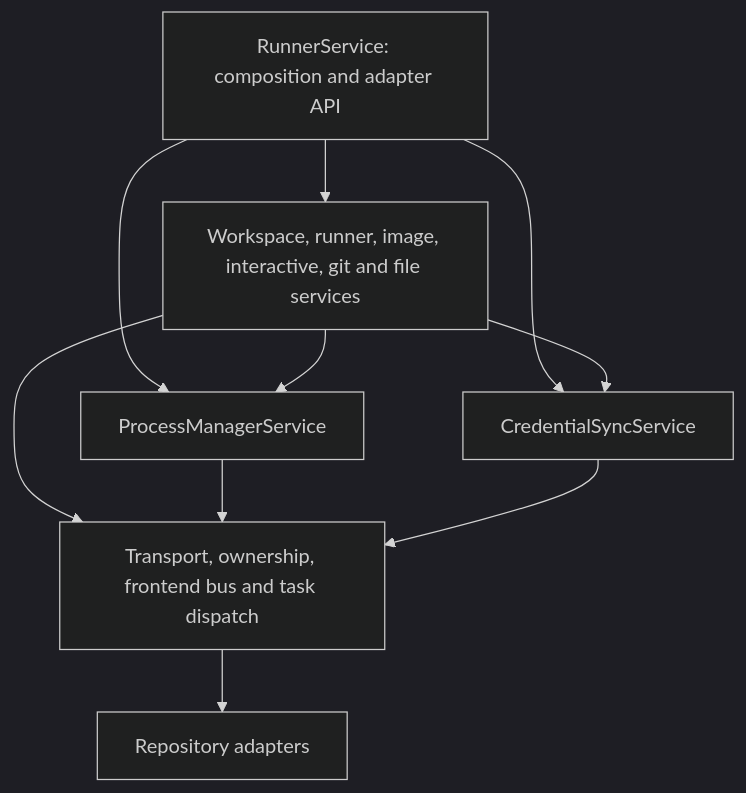
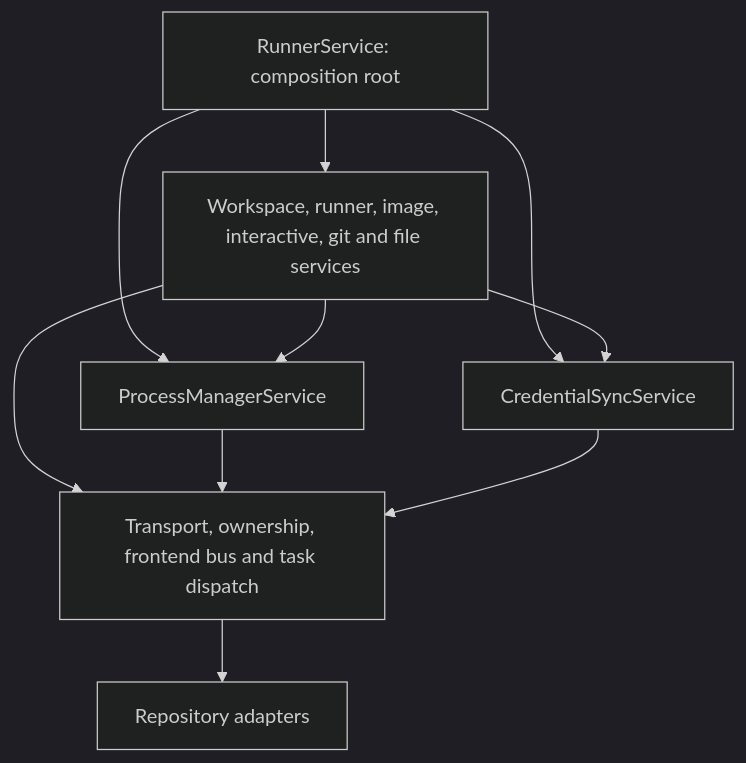
The diagram in backend/apps/runners/services/README.md (opencuria/OpenCuria), drawn with Mermaid (dark theme) before and after one commit. The commit also changed other lines of this file and 73 other files, not shown here.

First line of the commit message:
refactor(runners): drop the RunnerService pass-through facade

````diff
--- a/backend/apps/runners/services/README.md
+++ b/backend/apps/runners/services/README.md
@@ -17,18 +17,18 @@
 ```mermaid
 flowchart TD
-    Facade[RunnerService: composition and adapter API]
+    Root[RunnerService: composition root]
     Domains[Workspace, runner, image, interactive, git and file services]
     Processes[ProcessManagerService]
     Credentials[CredentialSyncService]
     Infra[Transport, ownership, frontend bus and task dispatch]
     Repositories[Repository adapters]
-    Facade --> Domains
-    Facade --> Processes
-    Facade --> Credentials
+    Root --> Domains
+    Root --> Processes
+    Root --> Credentials
     Domains --> Processes
     Domains --> Credentials
     Domains --> Infra
     Processes --> Infra
     Credentials --> Infra
     Infra --> Repositories
 ```
````
